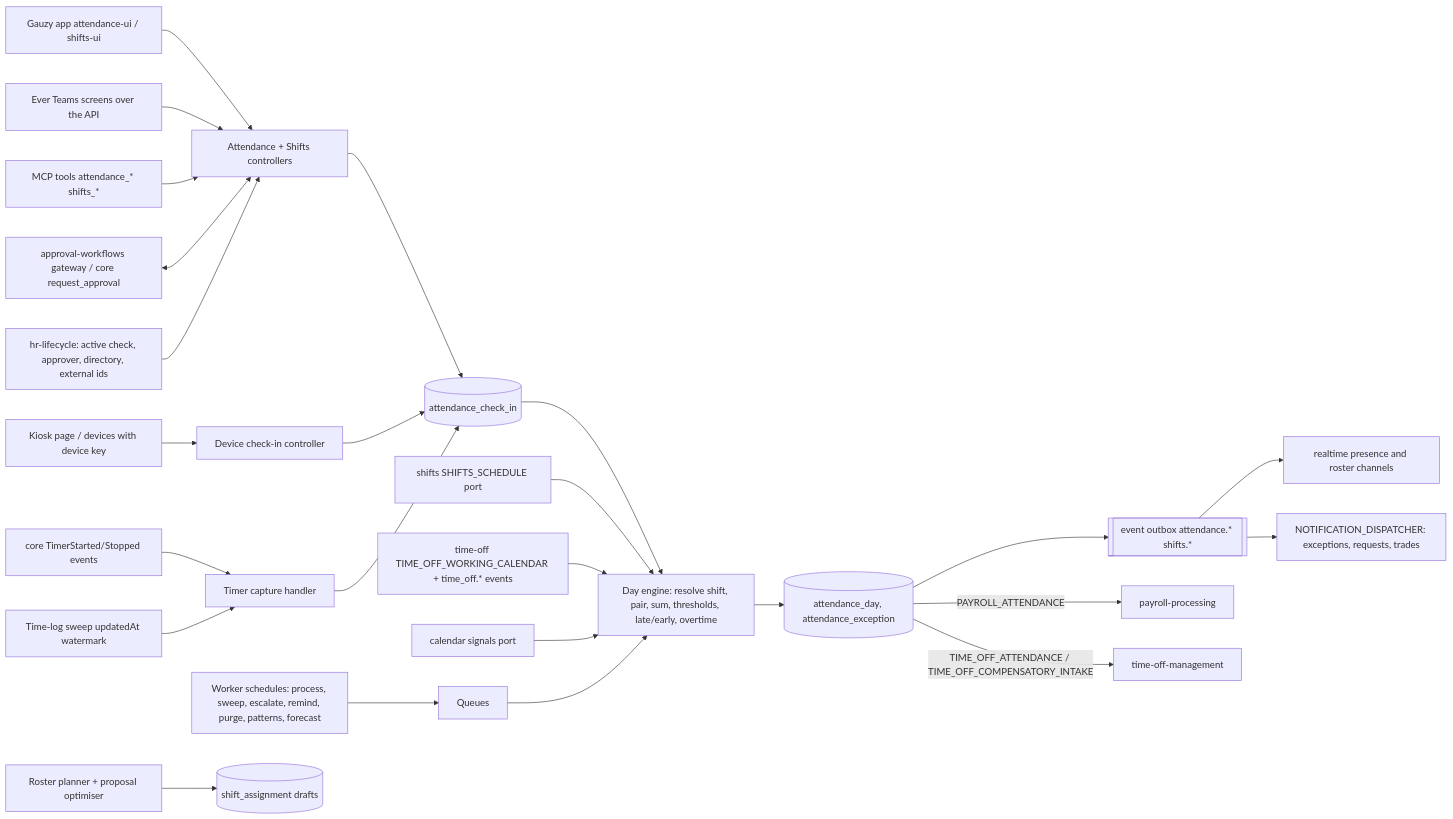
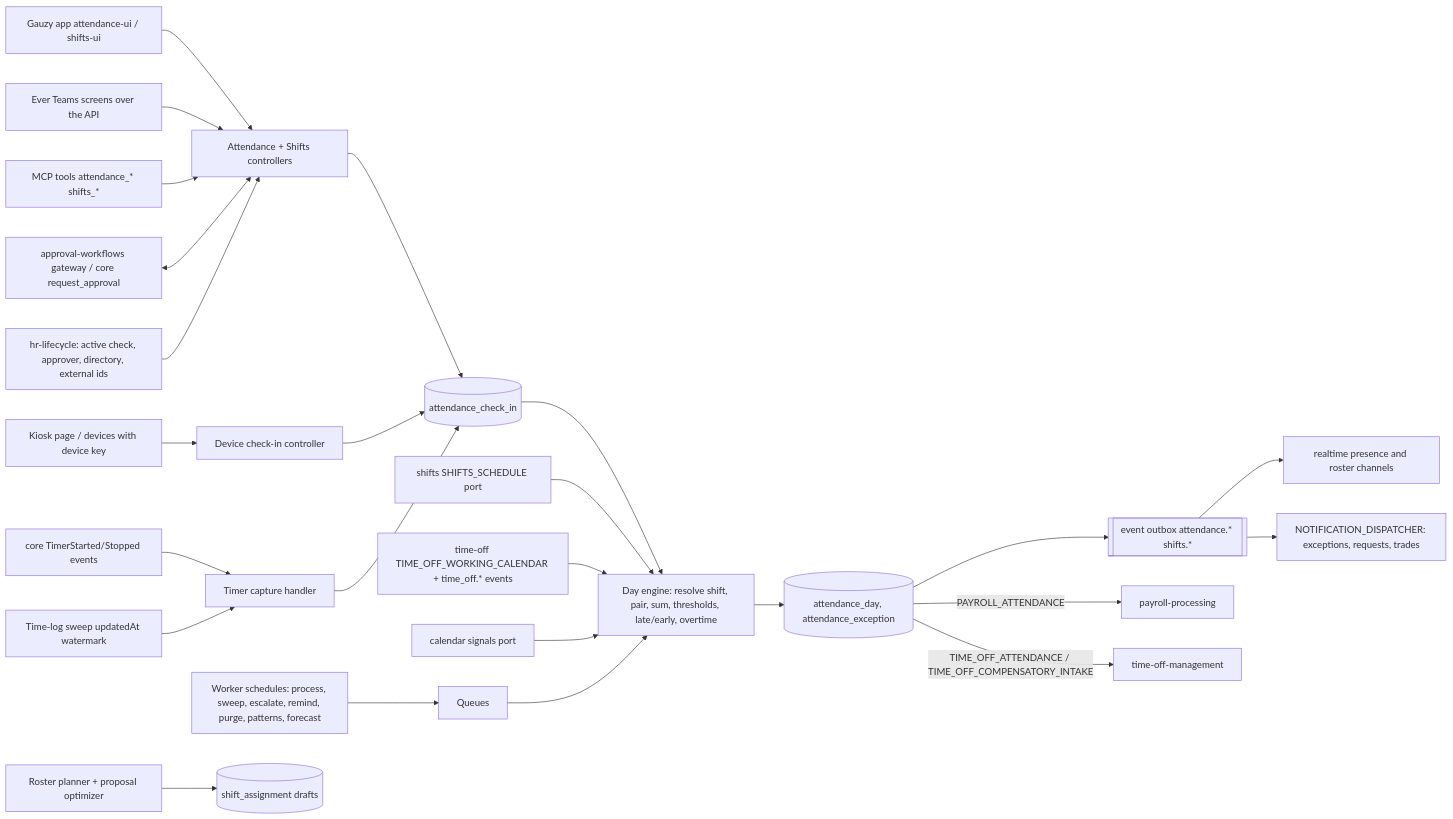
One commit to ever-co/ever-gauzy changed the diagram in docs/specs/features/attendance-and-shifts/plan.md. Above: the diagram before and after it, drawn with Mermaid. The commit also changed other lines of this file and 205 other files, not shown here.

````diff
--- a/docs/specs/features/attendance-and-shifts/plan.md
+++ b/docs/specs/features/attendance-and-shifts/plan.md
@@ -49,26 +49,26 @@
 ```mermaid
 flowchart LR
     WEB[Gauzy app attendance-ui / shifts-ui] --> API[Attendance + Shifts controllers]
     TEAMS[Ever Teams screens over the API] --> API
     KIOSK[Kiosk page / devices with device key] --> DEV[Device check-in controller]
     MCP[MCP tools attendance_* shifts_*] --> API
     TIMER[core TimerStarted/Stopped events] --> CAP[Timer capture handler]
     SWEEP[Time-log sweep updatedAt watermark] --> CAP
     API --> CI[(attendance_check_in)]
     DEV --> CI
     CAP --> CI
     CI --> ENG[Day engine: resolve shift, pair, sum, thresholds, late/early, overtime]
     SH[shifts SHIFTS_SCHEDULE port] --> ENG
     TO[time-off TIME_OFF_WORKING_CALENDAR + time_off.* events] --> ENG
     CAL[calendar signals port] --> ENG
     ENG --> DAY[(attendance_day, attendance_exception)]
     DAY --> OUT[[event outbox attendance.* shifts.*]]
     OUT --> RT[realtime presence and roster channels]
     OUT --> INBOX[NOTIFICATION_DISPATCHER: exceptions, requests, trades]
     DAY -- PAYROLL_ATTENDANCE --> PAY[payroll-processing]
     DAY -- TIME_OFF_ATTENDANCE / TIME_OFF_COMPENSATORY_INTAKE --> TOM[time-off-management]
     WF[approval-workflows gateway / core request_approval] <--> API
     HR[hr-lifecycle: active check, approver, directory, external ids] --> API
     JOBS[Worker schedules: process, sweep, escalate, remind, purge, patterns, forecast] --> Q[Queues] --> ENG
-    ROS[Roster planner + proposal optimiser] --> ASG[(shift_assignment drafts)]
+    ROS[Roster planner + proposal optimizer] --> ASG[(shift_assignment drafts)]
 ```
````
